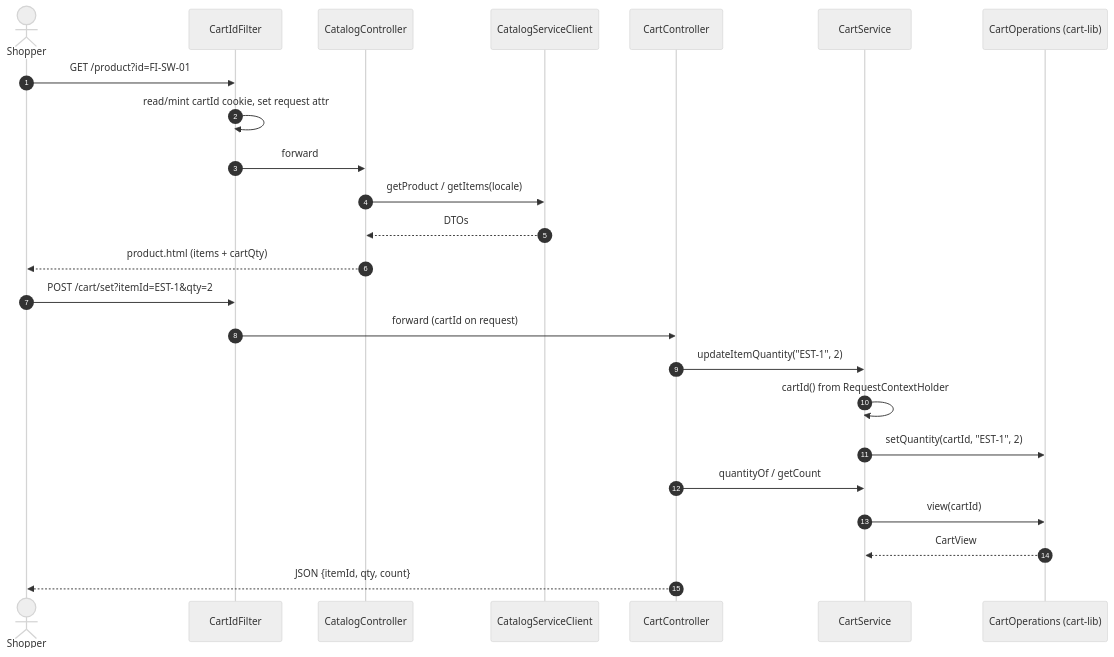
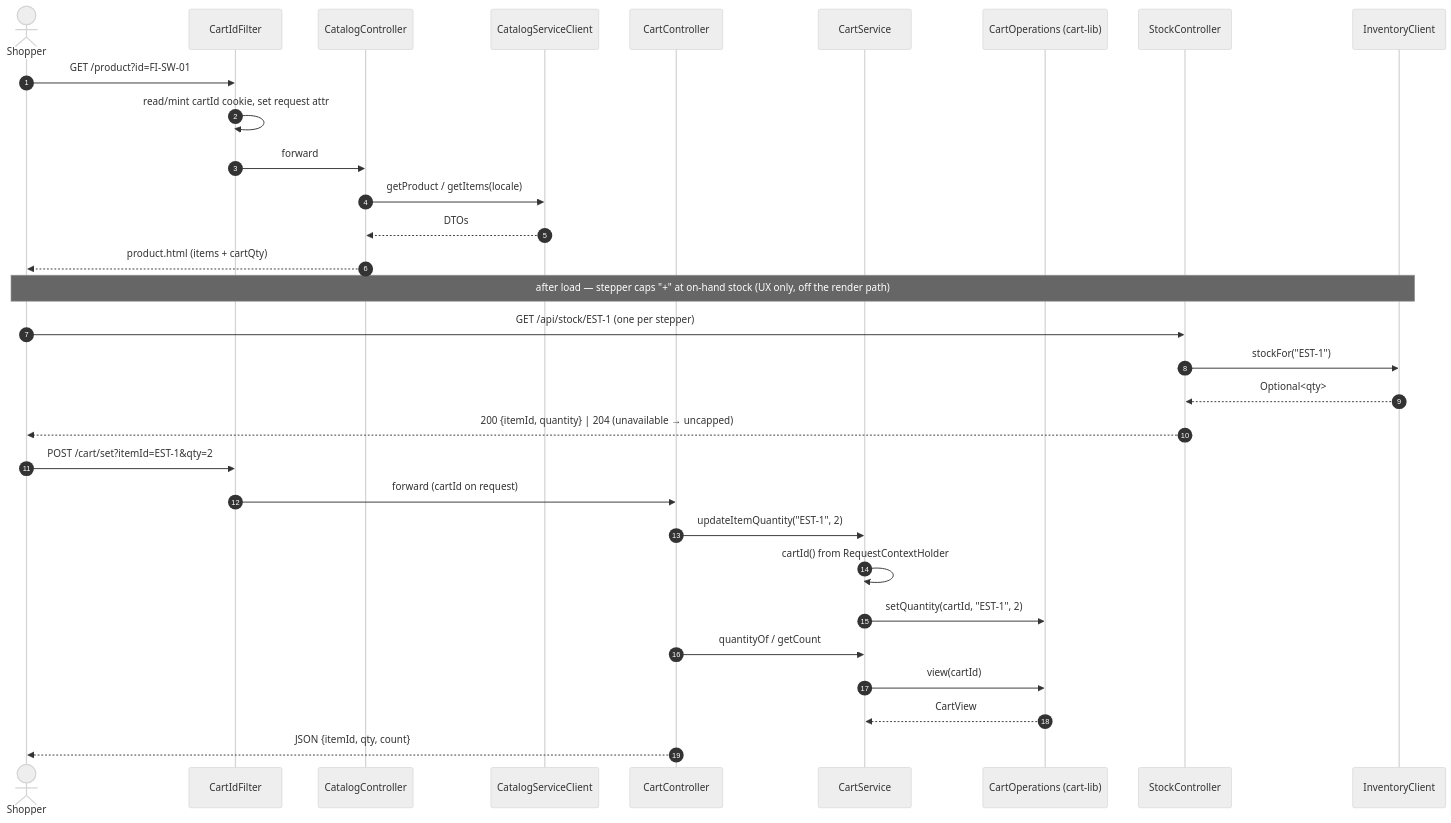
The second of 4 diagrams in petstore-app-v1/docs/LLD.md (Vishak-94/pet-store), drawn with Mermaid (neutral theme) before and after one commit. The commit also changed other lines of this file and 4 other files, not shown here.

````diff
--- a/petstore-app-v1/docs/LLD.md
+++ b/petstore-app-v1/docs/LLD.md
@@ -259,28 +259,36 @@
 ```mermaid
 sequenceDiagram
     autonumber
     actor Shopper
     participant Filter as CartIdFilter
     participant Cat as CatalogController
     participant CatSDK as CatalogServiceClient
     participant CartCtl as CartController
     participant Cart as CartService
     participant Ops as CartOperations (cart-lib)
+    participant Stock as StockController
+    participant InvSDK as InventoryClient
 
     Shopper->>Filter: GET /product?id=FI-SW-01
     Filter->>Filter: read/mint cartId cookie, set request attr
     Filter->>Cat: forward
     Cat->>CatSDK: getProduct / getItems(locale)
     CatSDK-->>Cat: DTOs
     Cat-->>Shopper: product.html (items + cartQty)
+
+    Note over Shopper,InvSDK: after load — stepper caps "+" at on-hand stock (UX only, off the render path)
+    Shopper->>Stock: GET /api/stock/EST-1 (one per stepper)
+    Stock->>InvSDK: stockFor("EST-1")
+    InvSDK-->>Stock: Optional<qty>
+    Stock-->>Shopper: 200 {itemId, quantity} | 204 (unavailable → uncapped)
 
     Shopper->>Filter: POST /cart/set?itemId=EST-1&qty=2
     Filter->>CartCtl: forward (cartId on request)
     CartCtl->>Cart: updateItemQuantity("EST-1", 2)
     Cart->>Cart: cartId() from RequestContextHolder
     Cart->>Ops: setQuantity(cartId, "EST-1", 2)
     CartCtl->>Cart: quantityOf / getCount
     Cart->>Ops: view(cartId)
     Ops-->>Cart: CartView
     CartCtl-->>Shopper: JSON {itemId, qty, count}
 ```
````
